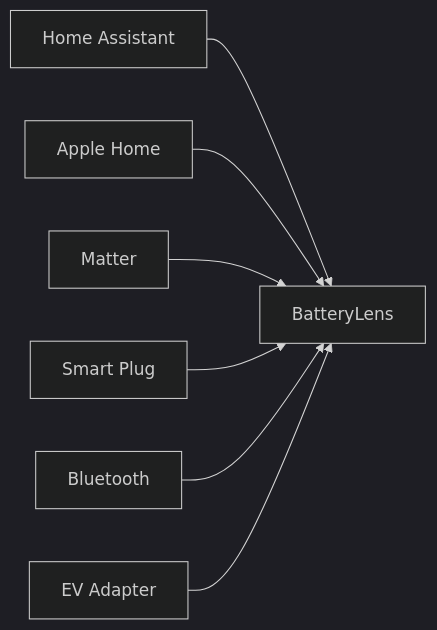
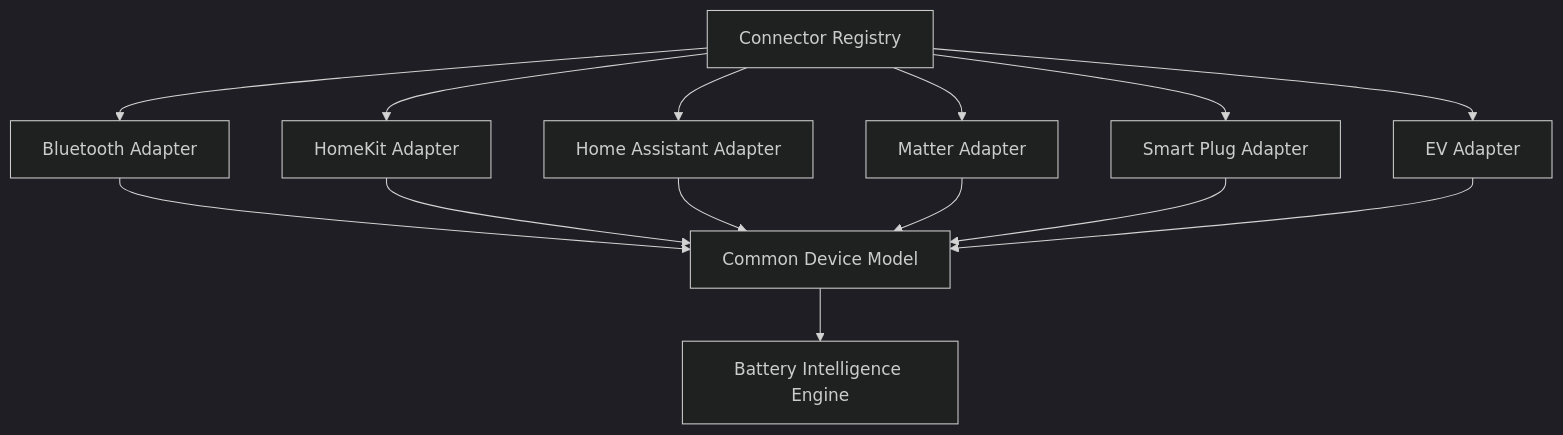
Before and after one commit to lucylow/battery_tracker_mobile: diagram 14 of 25 in README.md, drawn with Mermaid (dark theme). The commit also changed other lines of this file, not shown here.

````diff
--- a/README.md
+++ b/README.md
@@ -944,17 +1066,19 @@
 ```mermaid
-flowchart LR
-    BL[BatteryLens]
-    HA[Home Assistant]
-    HK[Apple Home]
-    M[Matter]
-    SP[Smart Plug]
-    BT[Bluetooth]
-    EV[EV Adapter]
+flowchart TB
+    REG[Connector Registry]
+    REG --> BT[Bluetooth Adapter]
+    REG --> HK[HomeKit Adapter]
+    REG --> HA[Home Assistant Adapter]
+    REG --> MATTER[Matter Adapter]
+    REG --> PLUG[Smart Plug Adapter]
+    REG --> EV[EV Adapter]
 
-    HA --> BL
-    HK --> BL
-    M --> BL
-    SP --> BL
-    BT --> BL
-    EV --> BL
+    BT --> MODEL[Common Device Model]
+    HK --> MODEL
+    HA --> MODEL
+    MATTER --> MODEL
+    PLUG --> MODEL
+    EV --> MODEL
+
+    MODEL --> INTEL[Battery Intelligence Engine]
 ```
````
